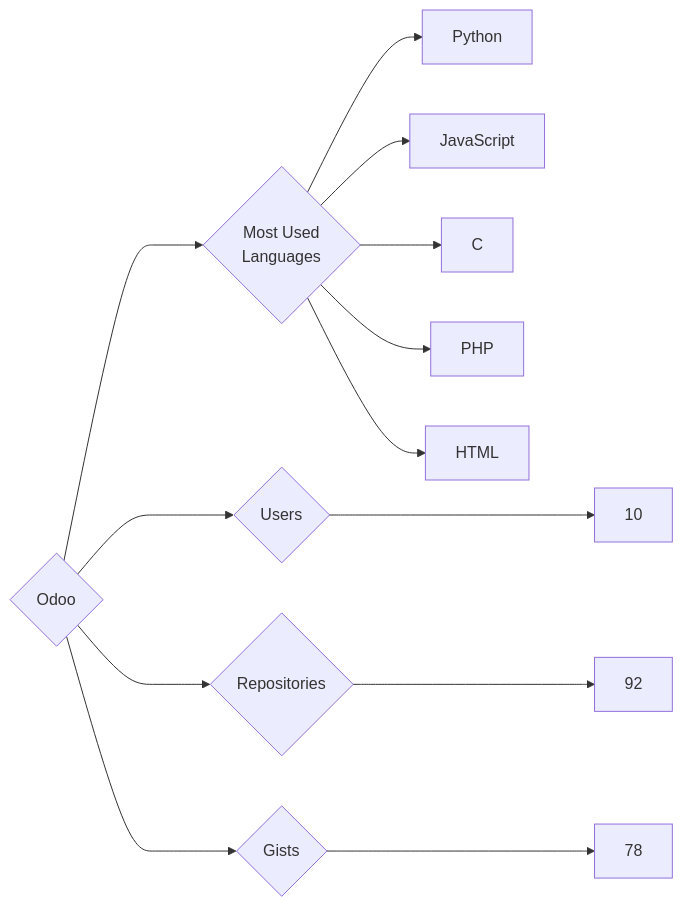
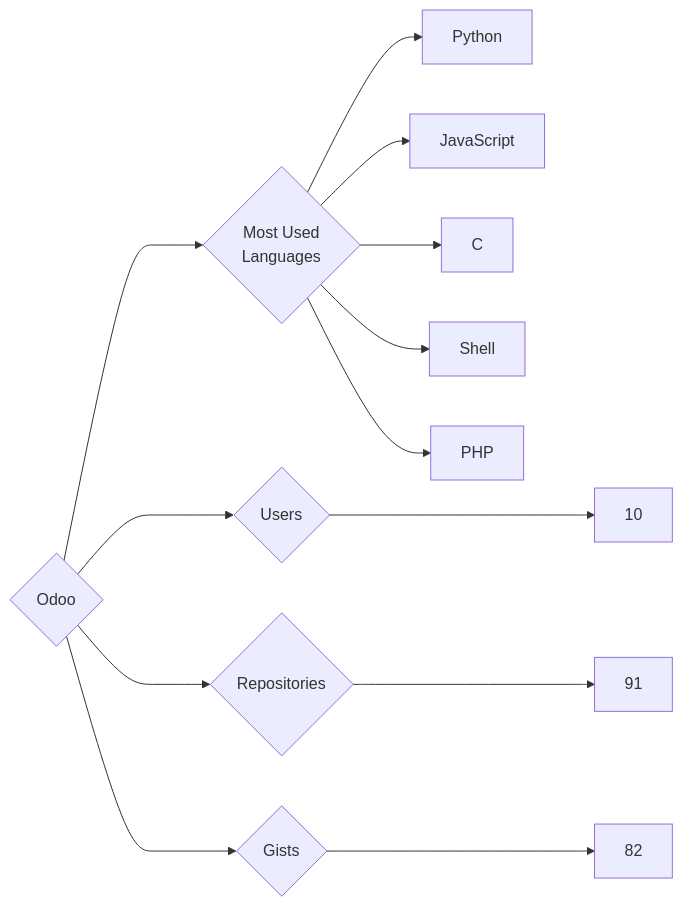
Before and after one commit to trickest/insiders: the diagram in targets/Odoo/README.md, drawn with Mermaid. The commit also changed 1484 other files, not shown here.

````diff
--- a/targets/Odoo/README.md
+++ b/targets/Odoo/README.md
@@ -3,13 +3,13 @@
 ```mermaid
 graph LR
 COMPANY_NAME{Odoo}
 COMPANY_NAME ---> U{Users} ---> UN[10]
-COMPANY_NAME ---> R{Repositories} ---> RN[92]
-COMPANY_NAME ---> G{Gists} ---> GN[78]
+COMPANY_NAME ---> R{Repositories} ---> RN[91]
+COMPANY_NAME ---> G{Gists} ---> GN[82]
 COMPANY_NAME ---> ML{Most Used<br>Languages}
 ML --> Python[Python]
 ML --> JavaScript[JavaScript]
 ML --> C[C]
+ML --> Shell[Shell]
 ML --> PHP[PHP]
-ML --> HTML[HTML]
 ```
````
